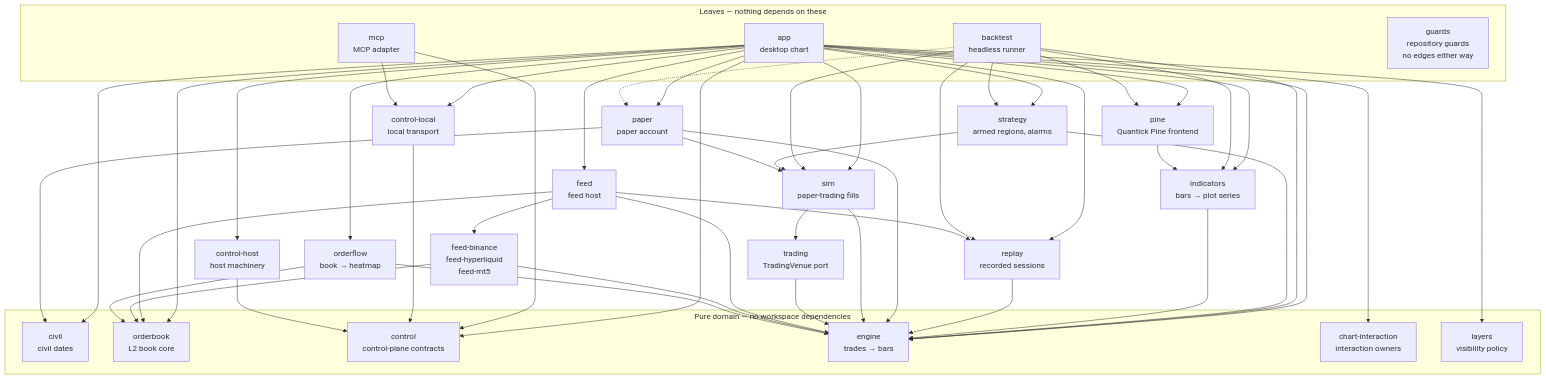
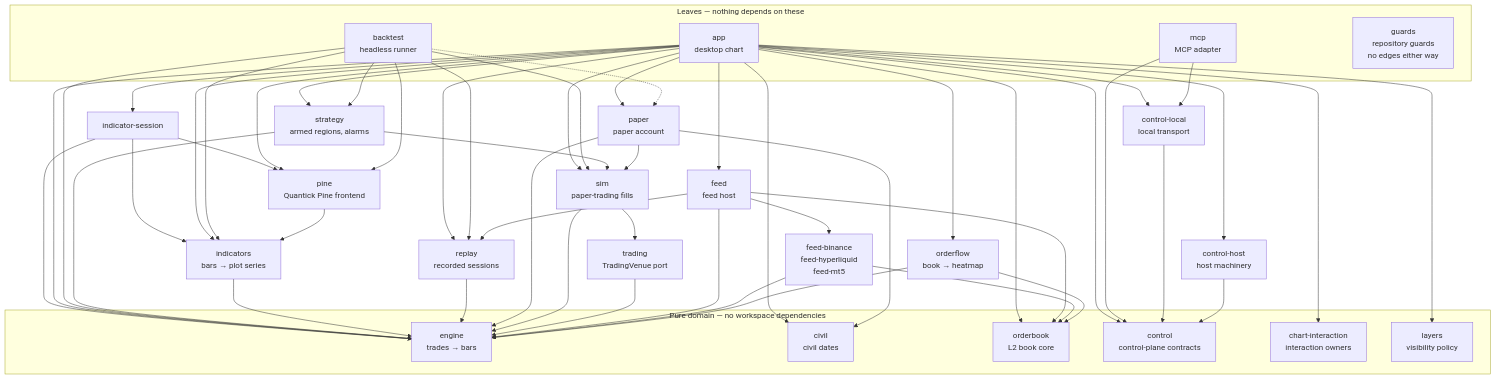
One commit to milocaetano/quantick changed the diagram in AGENTS.md. Above: the diagram before and after it, drawn with Mermaid. The commit also changed other lines of this file and 27 other files, not shown here.

Commit message:
refactor(indicators): move session evaluation below app

````diff
--- a/AGENTS.md
+++ b/AGENTS.md
@@ -105,66 +103,68 @@
 ```mermaid
 graph TD
   subgraph leaves["Leaves — nothing depends on these"]
     app["app<br/>desktop chart"]
     backtest["backtest<br/>headless runner"]
     mcp["mcp<br/>MCP adapter"]
     guards["guards<br/>repository guards<br/>no edges either way"]
   end
 
+  app --> session["indicator-session"]
+  session --> pine & indicators & engine
   app --> pine
   app --> indicators
   app --> strategy
   app --> sim
   app --> paper
   app --> civil
   app --> replay
   app --> orderbook
   app --> orderflow
   app --> feed
   app --> control
   app --> controllocal
   app --> controlhost
   app --> engine
   app --> chartinteraction
   app --> layers
   backtest --> strategy
   backtest --> pine
   backtest --> indicators
   backtest --> replay
   backtest --> sim
   backtest -.-> paper
   backtest --> engine
   mcp --> controllocal
   mcp --> control
 
   pine["pine<br/>Quantick Pine frontend"] --> indicators
   strategy["strategy<br/>armed regions, alarms"] --> sim
   strategy --> engine
   controllocal["control-local<br/>local transport"] --> control
   controlhost["control-host<br/>host machinery"] --> control
   indicators["indicators<br/>bars → plot series"] --> engine
   replay["replay<br/>recorded sessions"] --> engine
   paper["paper<br/>paper account"] --> sim
   paper --> engine
   paper --> civil
   sim["sim<br/>paper-trading fills"] --> trading
   sim --> engine
   trading["trading<br/>TradingVenue port"] --> engine
   feed["feed<br/>feed host"] --> feeds
   feed --> replay
   feed --> orderbook
   feed --> engine
   feeds["feed-binance<br/>feed-hyperliquid<br/>feed-mt5"] --> engine
   feeds --> orderbook
   orderflow["orderflow<br/>book → heatmap"] --> engine
   orderflow --> orderbook
 
   subgraph pure["Pure domain — no workspace dependencies"]
     chartinteraction["chart-interaction<br/>interaction owners"]
     layers["layers<br/>visibility policy"]
     engine["engine<br/>trades → bars"]
     orderbook["orderbook<br/>L2 book core"]
     control["control<br/>control-plane contracts"]
     civil["civil<br/>civil dates"]
   end
 ```
````
